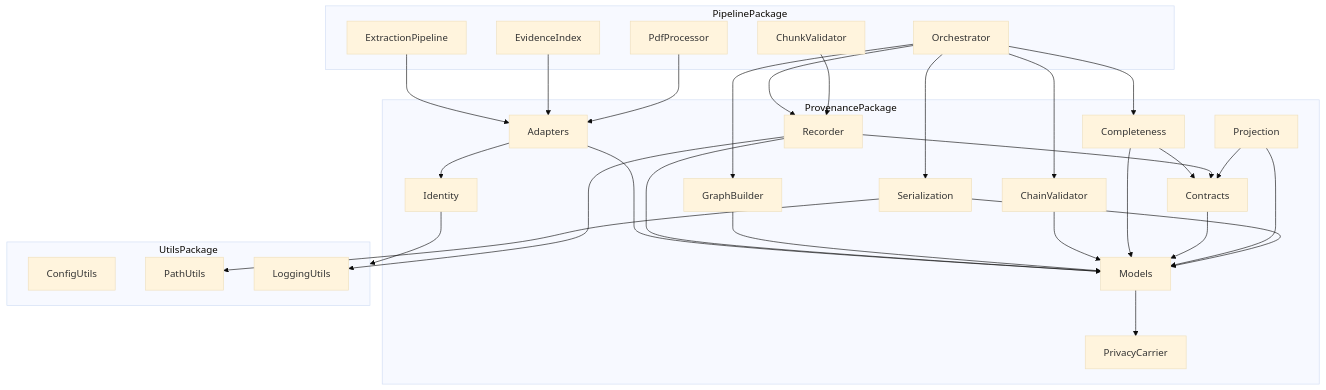
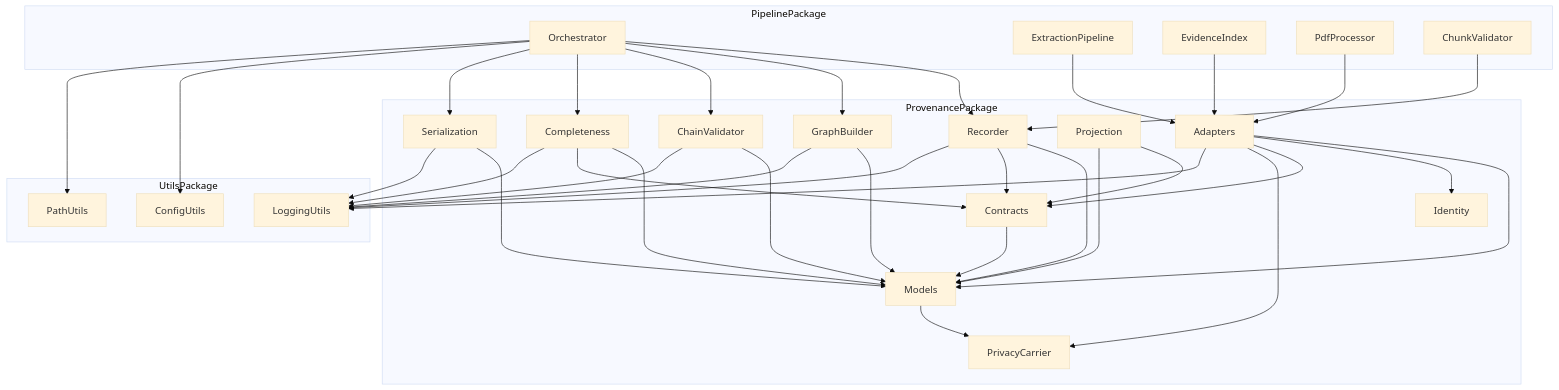
The first of 4 diagrams in .kiro/specs/provenance-core/design.md (soroushdty/EviTrace), drawn with Mermaid (base theme) before and after one commit. The commit also changed other lines of this file and 11 other files, not shown here.

````diff
--- a/.kiro/specs/provenance-core/design.md
+++ b/.kiro/specs/provenance-core/design.md
@@ -91,53 +92,60 @@
 ```mermaid
 graph TB
     subgraph PipelinePackage
         Orchestrator
         ExtractionPipeline
         EvidenceIndex
         PdfProcessor
         ChunkValidator
     end
     subgraph ProvenancePackage
         Adapters
         Recorder
         Models
         Identity
         PrivacyCarrier
         GraphBuilder
         ChainValidator
         Completeness
         Projection
         Serialization
         Contracts
     end
     subgraph UtilsPackage
         ConfigUtils
         PathUtils
         LoggingUtils
     end
     Orchestrator --> Recorder
     Orchestrator --> GraphBuilder
     Orchestrator --> ChainValidator
     Orchestrator --> Completeness
     Orchestrator --> Serialization
     ExtractionPipeline --> Adapters
     EvidenceIndex --> Adapters
     PdfProcessor --> Adapters
     ChunkValidator --> Recorder
     Adapters --> Models
     Adapters --> Identity
     Recorder --> Models
     GraphBuilder --> Models
     ChainValidator --> Models
     Completeness --> Models
     Completeness --> Contracts
     Contracts --> Models
     Recorder --> Contracts
     Projection --> Contracts
     Projection --> Models
     Serialization --> Models
     Models --> PrivacyCarrier
-    Identity --> UtilsPackage
-    Serialization --> PathUtils
+    Adapters --> Contracts
+    Adapters --> PrivacyCarrier
+    Adapters --> LoggingUtils
     Recorder --> LoggingUtils
+    GraphBuilder --> LoggingUtils
+    ChainValidator --> LoggingUtils
+    Completeness --> LoggingUtils
+    Serialization --> LoggingUtils
+    Orchestrator --> ConfigUtils
+    Orchestrator --> PathUtils
 ```
````
